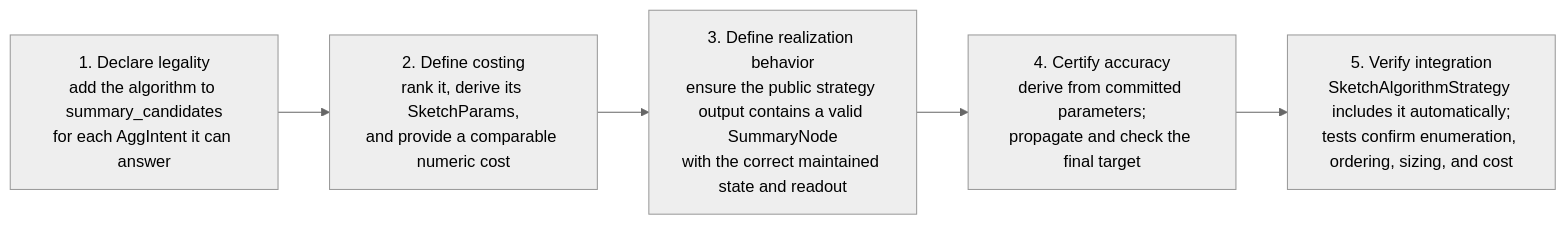
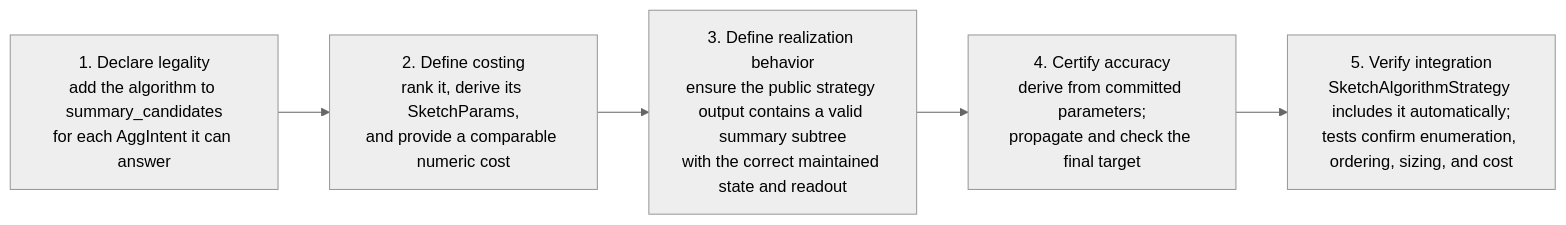
Before and after one commit to ProjectASAP/ASAPPlanner: the fourth of 4 diagrams in docs/develop_docs/extend-asap-aware-mapping.md, drawn with Mermaid (neutral theme). The commit also changed other lines of this file and 18 other files, not shown here.

````diff
--- a/docs/develop_docs/extend-asap-aware-mapping.md
+++ b/docs/develop_docs/extend-asap-aware-mapping.md
@@ -777,8 +775,8 @@
 ```mermaid
 flowchart LR
   MAP["1. Declare legality<br/>add the algorithm to summary_candidates<br/>for each AggIntent it can answer"]
   MAP --> MODEL["2. Define costing<br/>rank it, derive its SketchParams,<br/>and provide a comparable numeric cost"]
-  MODEL --> BUILD["3. Define realization behavior<br/>ensure the public strategy output contains a valid SummaryNode<br/>with the correct maintained state and readout"]
+  MODEL --> BUILD["3. Define realization behavior<br/>ensure the public strategy output contains a valid summary subtree<br/>with the correct maintained state and readout"]
   BUILD --> ACC["4. Certify accuracy<br/>derive from committed parameters;<br/>propagate and check the final target"]
   ACC --> ENUM["5. Verify integration<br/>SketchAlgorithmStrategy includes it automatically;<br/>tests confirm enumeration, ordering, sizing, and cost"]
 ```
````
